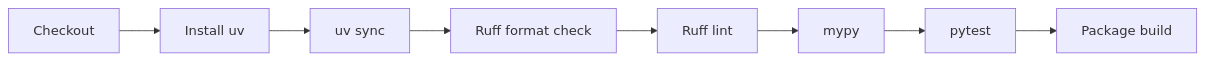
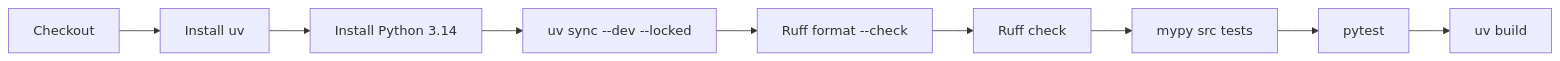
One commit to kumarchandansingh/tropos changed the second of 6 diagrams in docs/delivery/CI_CD.md. Above: the diagram before and after it, drawn with Mermaid. The commit also changed other lines of this file and 13 other files, not shown here.

Commit message:
docs: rebuild Tropos living architecture

````diff
--- a/docs/delivery/CI_CD.md
+++ b/docs/delivery/CI_CD.md
@@ -26,10 +26,12 @@
 ```mermaid
 flowchart LR
-    C[Checkout] --> U[Install uv]
-    U --> S[uv sync]
-    S --> F[Ruff format check]
-    F --> L[Ruff lint]
-    L --> M[mypy]
-    M --> T[pytest]
-    T --> B[Package build]
+    C[Checkout]
+    --> UV[Install uv]
+    --> PY[Install Python 3.14]
+    --> S[uv sync --dev --locked]
+    --> F[Ruff format --check]
+    --> L[Ruff check]
+    --> M[mypy src tests]
+    --> T[pytest]
+    --> B[uv build]
 ```
````
